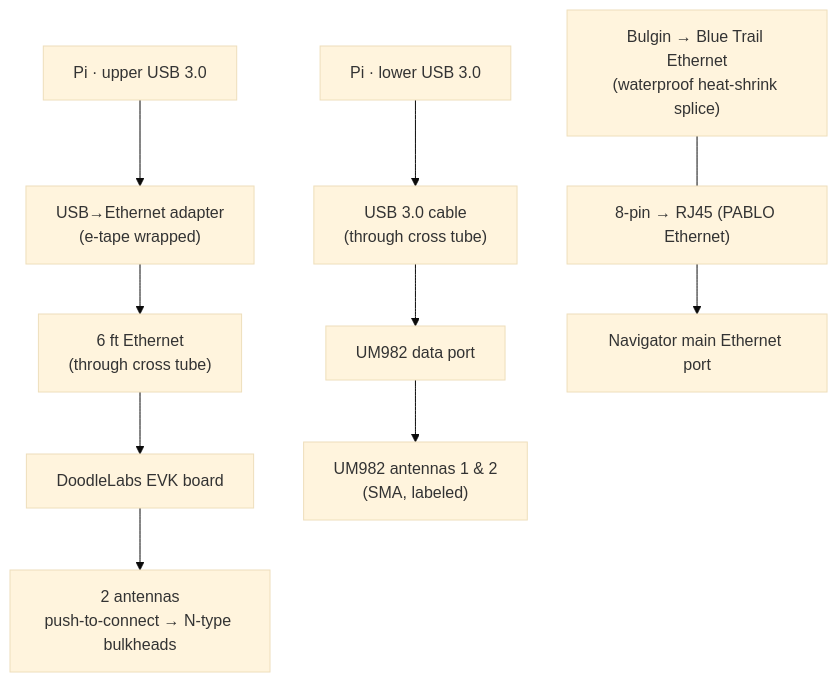
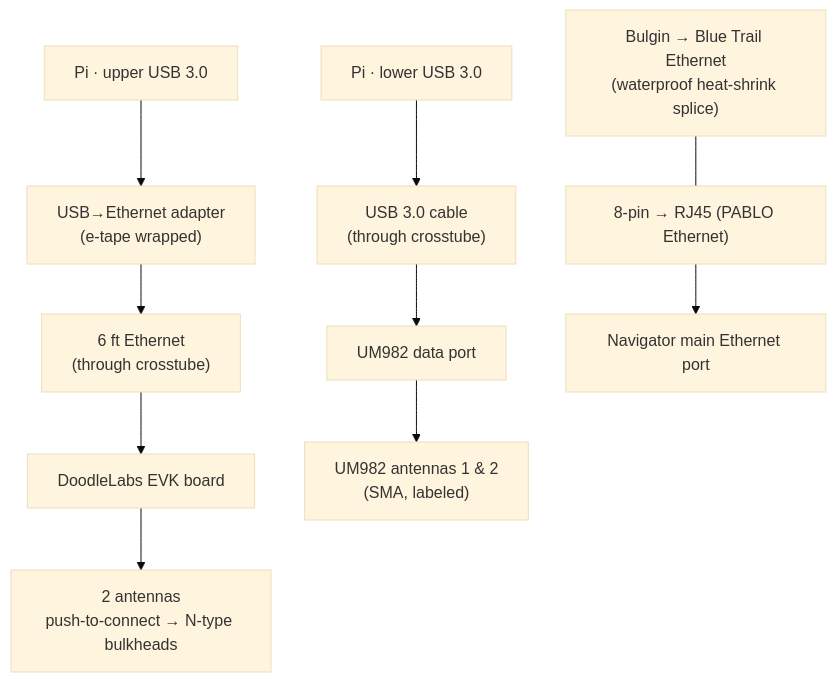
One commit to pavlab-mit/moos-ivp-greece changed the second of 2 diagrams in documentation/11_electrical_wiring.md. Above: the diagram before and after it, drawn with Mermaid (base theme). The commit also changed other lines of this file and 1 other file, not shown here.

````diff
--- a/documentation/11_electrical_wiring.md
+++ b/documentation/11_electrical_wiring.md
@@ -76,12 +78,12 @@
 ```mermaid
 flowchart TD
     PiU["Pi · upper USB 3.0"] --> ADP["USB→Ethernet adapter<br/>(e-tape wrapped)"]
-    ADP --> E6["6 ft Ethernet<br/>(through cross tube)"]
+    ADP --> E6["6 ft Ethernet<br/>(through crosstube)"]
     E6 --> EVK["DoodleLabs EVK board"]
     EVK --> ANT["2 antennas<br/>push-to-connect → N-type bulkheads"]
-    PiL["Pi · lower USB 3.0"] --> U3["USB 3.0 cable<br/>(through cross tube)"]
+    PiL["Pi · lower USB 3.0"] --> U3["USB 3.0 cable<br/>(through crosstube)"]
     U3 --> UM["UM982 data port"]
     UM --> SMA["UM982 antennas 1 & 2<br/>(SMA, labeled)"]
     RJ["8-pin → RJ45 (PABLO Ethernet)"] --> NAV["Navigator main Ethernet port"]
     BULGIN["Bulgin → Blue Trail Ethernet<br/>(waterproof heat-shrink splice)"] --- RJ
 ```
````
